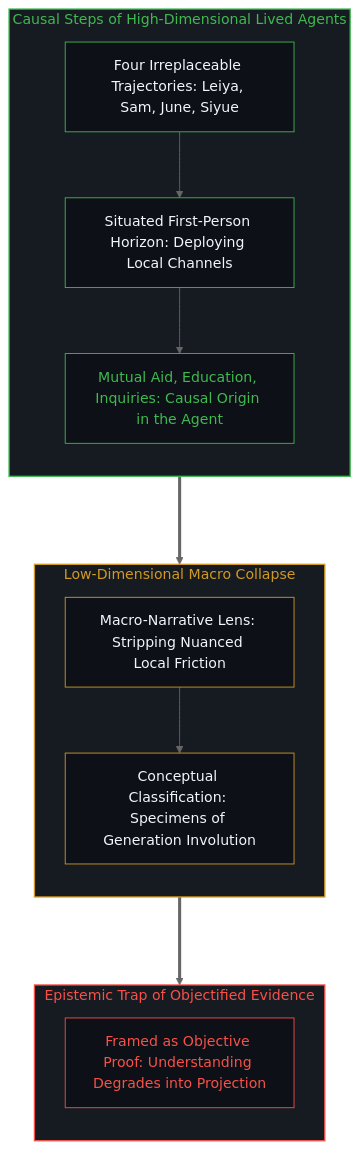
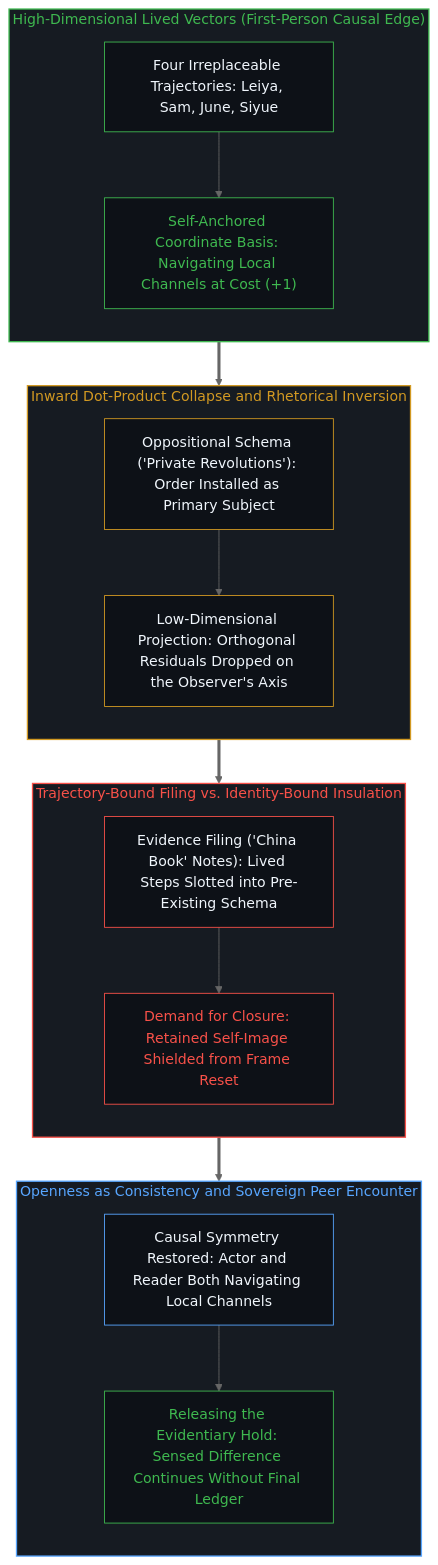
The second of 2 diagrams in content/posts/the-name-revolution-files-a-life-as-evidence.md (powerpig99/not-a-toe), drawn with Mermaid (neutral theme) before and after one commit. The commit also changed other lines of this file and 1 other file, not shown here.

Commit message:
Refine the-name-revolution-files-a-life-as-evidence (Wave 3 L2 #126)

````diff
--- a/content/posts/the-name-revolution-files-a-life-as-evidence.md
+++ b/content/posts/the-name-revolution-files-a-life-as-evidence.md
@@ -51,31 +59,39 @@
 ```mermaid
-graph TD
-    subgraph S_LivingAgents_EN ["Causal Steps of High-Dimensional Lived Agents"]
+flowchart TD
+    subgraph S_LivingAgents ["High-Dimensional Lived Vectors (First-Person Causal Edge)"]
         direction TB
-        AE1["Four Irreplaceable Trajectories: Leiya, Sam, June, Siyue"] --> AE2["Situated First-Person Horizon: Deploying Local Channels"]
-        AE2 --> AE3["Mutual Aid, Education, Inquiries: Causal Origin in the Agent"]
+        AE1["Four Irreplaceable Trajectories: Leiya, Sam, June, Siyue"] --> AE2["Self-Anchored Coordinate Basis: Navigating Local Channels at Cost (+1)"]
     end
 
-    subgraph S_PublicCollapse_EN ["Low-Dimensional Macro Collapse"]
+    subgraph S_RevolutionFraming ["Inward Dot-Product Collapse and Rhetorical Inversion"]
         direction TB
-        BE1["Macro-Narrative Lens: Stripping Nuanced Local Friction"] --> BE2["Conceptual Classification: Specimens of Generation Involution"]
+        BE1["Oppositional Schema ('Private Revolutions'): Order Installed as Primary Subject"] --> BE2["Low-Dimensional Projection: Orthogonal Residuals Dropped on the Observer's Axis"]
     end
 
-    subgraph S_SpecimenOutcome_EN ["Epistemic Trap of Objectified Evidence"]
+    subgraph S_ReaderArchive ["Trajectory-Bound Filing vs. Identity-Bound Insulation"]
         direction TB
-        CE1["Framed as Objective Proof: Understanding Degrades into Projection"]
+        CE1["Evidence Filing ('China Book' Notes): Lived Steps Slotted into Pre-Existing Schema"] --> CE2["Demand for Closure: Retained Self-Image Shielded from Frame Reset"]
     end
 
-    AE3 ===> BE1
-    BE2 ===> CE1
+    subgraph S_SovereignEncounter ["Openness as Consistency and Sovereign Peer Encounter"]
+        direction TB
+        DE1["Causal Symmetry Restored: Actor and Reader Both Navigating Local Channels"] --> DE2["Releasing the Evidentiary Hold: Sensed Difference Continues Without Final Ledger"]
+    end
 
-    style S_LivingAgents_EN fill:#161b22,stroke:#3fb950,stroke-width:1.5px,color:#3fb950
-    style S_PublicCollapse_EN fill:#161b22,stroke:#d29922,stroke-width:1.5px,color:#d29922
-    style S_SpecimenOutcome_EN fill:#161b22,stroke:#f85149,stroke-width:1.5px,color:#f85149
+    AE2 ==> BE1
+    BE2 ==> CE1
+    CE2 ==> DE1
+
+    style S_LivingAgents fill:#161b22,stroke:#3fb950,stroke-width:1.5px,color:#3fb950
+    style S_RevolutionFraming fill:#161b22,stroke:#d29922,stroke-width:1.5px,color:#d29922
+    style S_ReaderArchive fill:#161b22,stroke:#f85149,stroke-width:1.5px,color:#f85149
+    style S_SovereignEncounter fill:#161b22,stroke:#58a6ff,stroke-width:1.5px,color:#58a6ff
     style AE1 fill:#0d1117,stroke:#3fb950,stroke-width:1px,color:#f0f6fc
-    style AE2 fill:#0d1117,stroke:#3fb950,stroke-width:1px,color:#f0f6fc
-    style AE3 fill:#0d1117,stroke:#3fb950,stroke-width:1px,color:#3fb950
+    style AE2 fill:#0d1117,stroke:#3fb950,stroke-width:1px,color:#3fb950
     style BE1 fill:#0d1117,stroke:#d29922,stroke-width:1px,color:#f0f6fc
     style BE2 fill:#0d1117,stroke:#d29922,stroke-width:1px,color:#f0f6fc
-    style CE1 fill:#0d1117,stroke:#f85149,stroke-width:1px,color:#f85149
+    style CE1 fill:#0d1117,stroke:#f85149,stroke-width:1px,color:#f0f6fc
+    style CE2 fill:#0d1117,stroke:#f85149,stroke-width:1px,color:#f85149
+    style DE1 fill:#0d1117,stroke:#58a6ff,stroke-width:1px,color:#f0f6fc
+    style DE2 fill:#0d1117,stroke:#3fb950,stroke-width:1px,color:#3fb950
 ```
````
